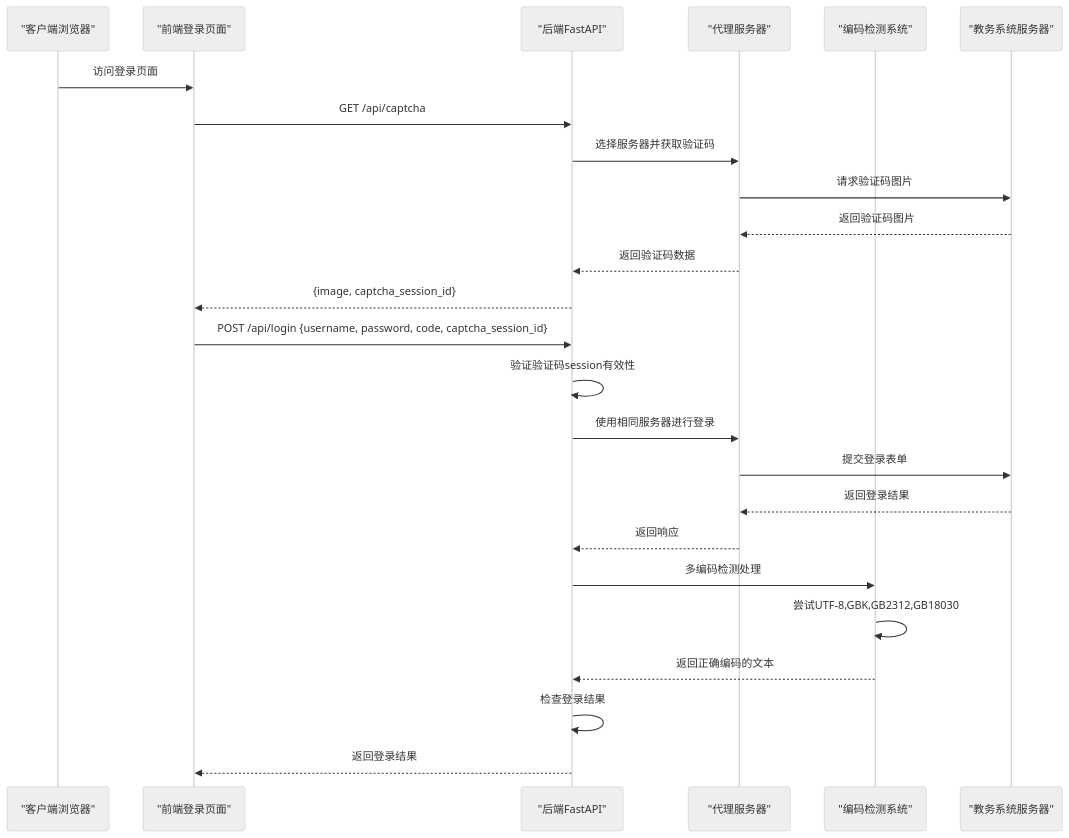
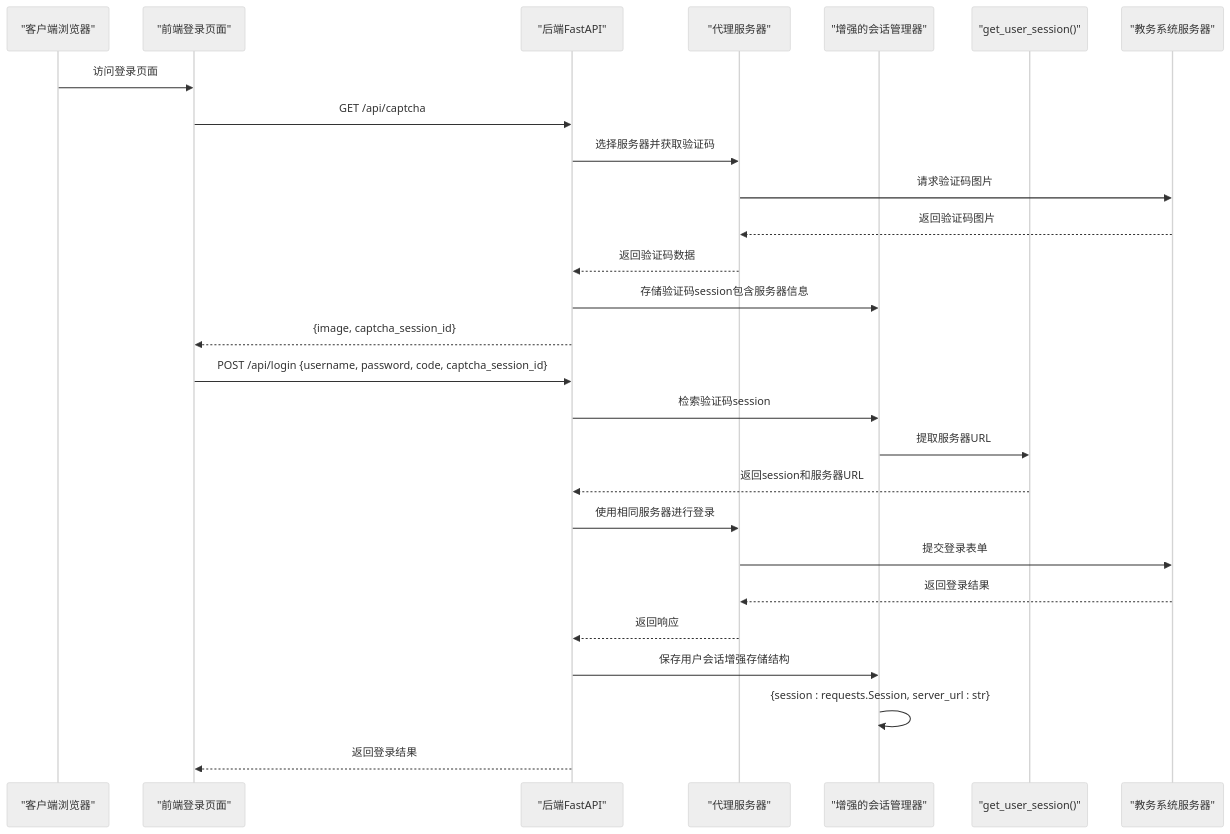
The second of 6 diagrams in .qoder/repowiki/zh/content/后端API文档/用户认证API.md (ghbbn053-ship-itsoulddog/soulddog), drawn with Mermaid (neutral theme) before and after one commit. The commit also changed other lines of this file and 4 other files, not shown here.

````diff
--- a/.qoder/repowiki/zh/content/后端API文档/用户认证API.md
+++ b/.qoder/repowiki/zh/content/后端API文档/用户认证API.md
@@ -117,27 +120,29 @@
 ```mermaid
 sequenceDiagram
 participant Client as "客户端浏览器"
 participant Frontend as "前端登录页面"
 participant Backend as "后端FastAPI"
 participant Proxy as "代理服务器"
-participant Encoding as "编码检测系统"
+participant SessionMgr as "增强的会话管理器"
+participant Helper as "get_user_session()"
 participant JWXT as "教务系统服务器"
 Client->>Frontend : 访问登录页面
 Frontend->>Backend : GET /api/captcha
 Backend->>Proxy : 选择服务器并获取验证码
 Proxy->>JWXT : 请求验证码图片
 JWXT-->>Proxy : 返回验证码图片
 Proxy-->>Backend : 返回验证码数据
+Backend->>SessionMgr : 存储验证码session包含服务器信息
 Backend-->>Frontend : {image, captcha_session_id}
 Frontend->>Backend : POST /api/login {username, password, code, captcha_session_id}
-Backend->>Backend : 验证验证码session有效性
+Backend->>SessionMgr : 检索验证码session
+SessionMgr->>Helper : 提取服务器URL
+Helper-->>Backend : 返回session和服务器URL
 Backend->>Proxy : 使用相同服务器进行登录
 Proxy->>JWXT : 提交登录表单
 JWXT-->>Proxy : 返回登录结果
 Proxy-->>Backend : 返回响应
-Backend->>Encoding : 多编码检测处理
-Encoding->>Encoding : 尝试UTF-8,GBK,GB2312,GB18030
-Encoding-->>Backend : 返回正确编码的文本
-Backend->>Backend : 检查登录结果
+Backend->>SessionMgr : 保存用户会话增强存储结构
+SessionMgr->>SessionMgr : {session : requests.Session, server_url : str}
 Backend-->>Frontend : 返回登录结果
 ```
````
